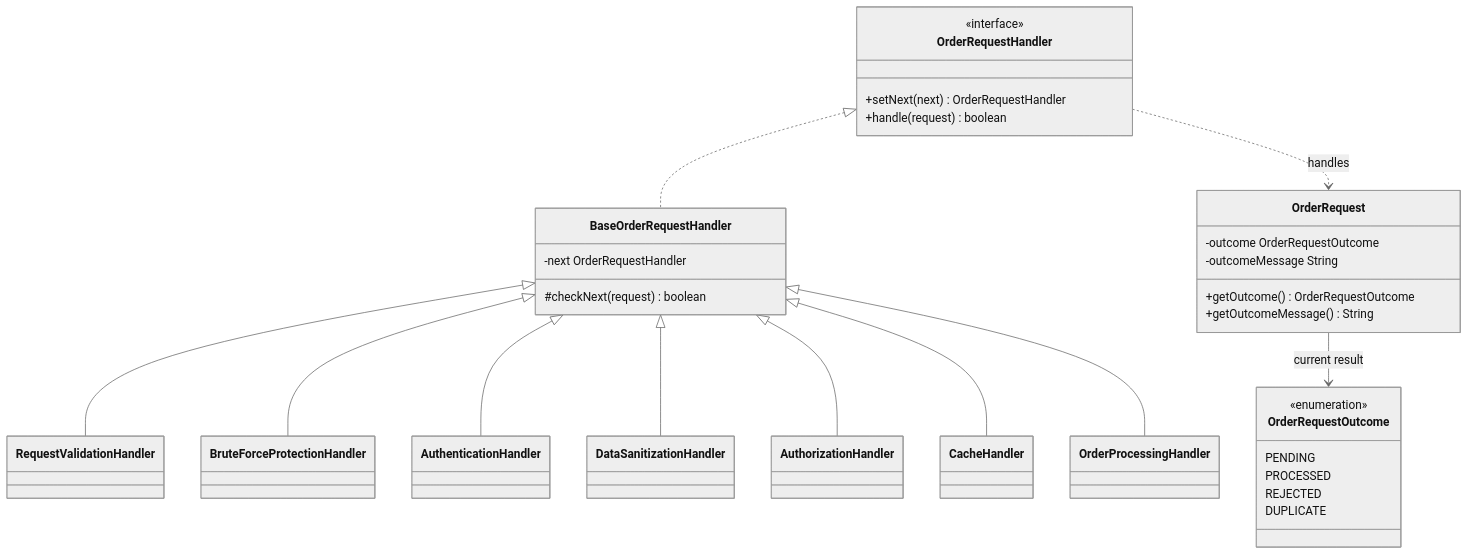
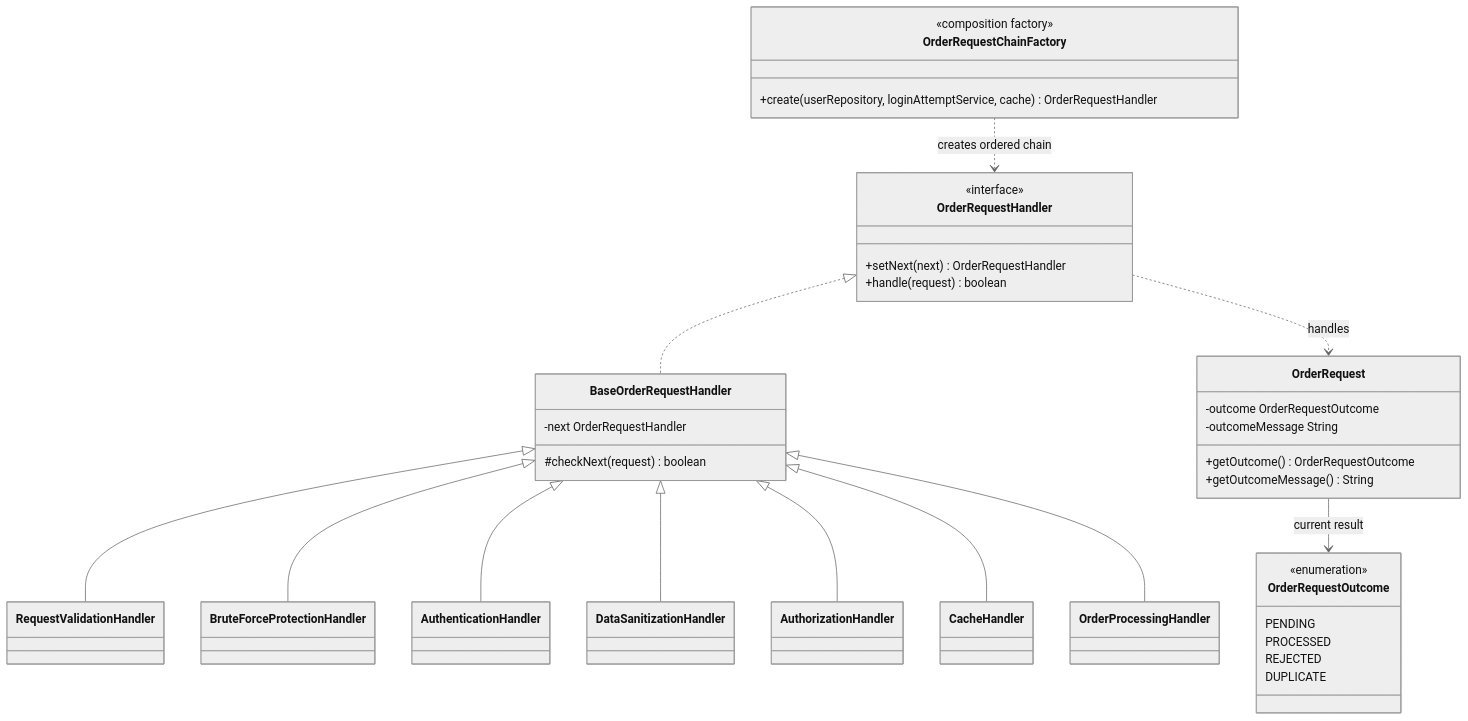
Before and after one commit to TunahanCan/design_pattern: the first of 2 diagrams in src/main/java/com/can/behavirol/chainofresponsibility/explain/chainofresponsibility.md, drawn with Mermaid (neutral theme). The commit also changed other lines of this file and 86 other files, not shown here.

````diff
--- a/src/main/java/com/can/behavirol/chainofresponsibility/explain/chainofresponsibility.md
+++ b/src/main/java/com/can/behavirol/chainofresponsibility/explain/chainofresponsibility.md
@@ -88,42 +98,47 @@
 ```mermaid
 classDiagram
     class OrderRequestHandler {
         <<interface>>
         +setNext(next) OrderRequestHandler
         +handle(request) boolean
     }
     class BaseOrderRequestHandler {
         -next OrderRequestHandler
         #checkNext(request) boolean
     }
     class RequestValidationHandler
     class BruteForceProtectionHandler
     class AuthenticationHandler
     class DataSanitizationHandler
     class AuthorizationHandler
     class CacheHandler
     class OrderProcessingHandler
     class OrderRequest {
         -outcome OrderRequestOutcome
         -outcomeMessage String
         +getOutcome() OrderRequestOutcome
         +getOutcomeMessage() String
     }
     class OrderRequestOutcome {
         <<enumeration>>
         PENDING
         PROCESSED
         REJECTED
         DUPLICATE
     }
+    class OrderRequestChainFactory {
+        <<composition factory>>
+        +create(userRepository, loginAttemptService, cache) OrderRequestHandler
+    }
     OrderRequestHandler <|.. BaseOrderRequestHandler
     BaseOrderRequestHandler <|-- RequestValidationHandler
     BaseOrderRequestHandler <|-- BruteForceProtectionHandler
     BaseOrderRequestHandler <|-- AuthenticationHandler
     BaseOrderRequestHandler <|-- DataSanitizationHandler
     BaseOrderRequestHandler <|-- AuthorizationHandler
     BaseOrderRequestHandler <|-- CacheHandler
     BaseOrderRequestHandler <|-- OrderProcessingHandler
     OrderRequestHandler ..> OrderRequest : handles
     OrderRequest --> OrderRequestOutcome : current result
+    OrderRequestChainFactory ..> OrderRequestHandler : creates ordered chain
 ```
````
